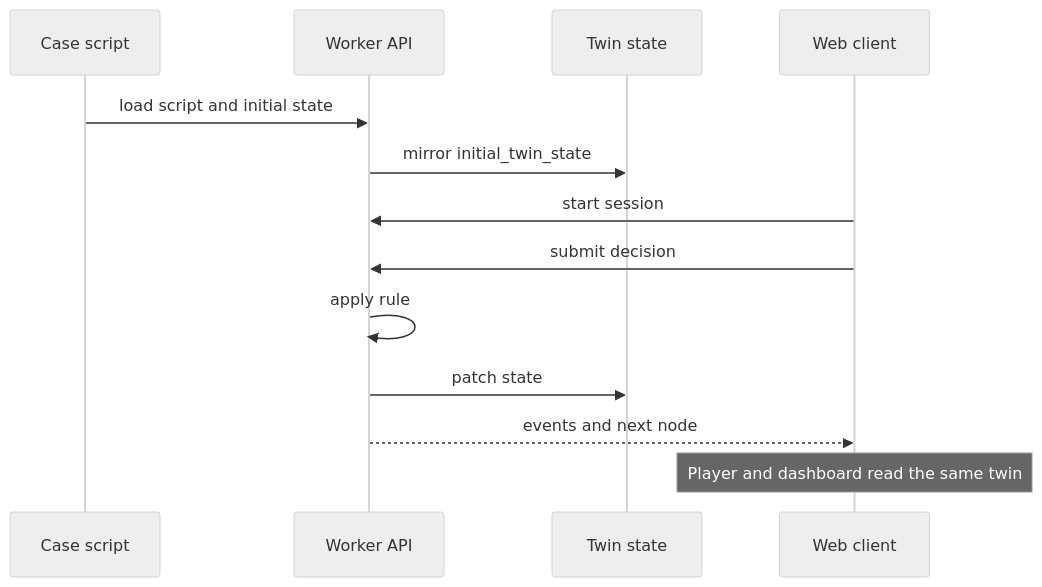
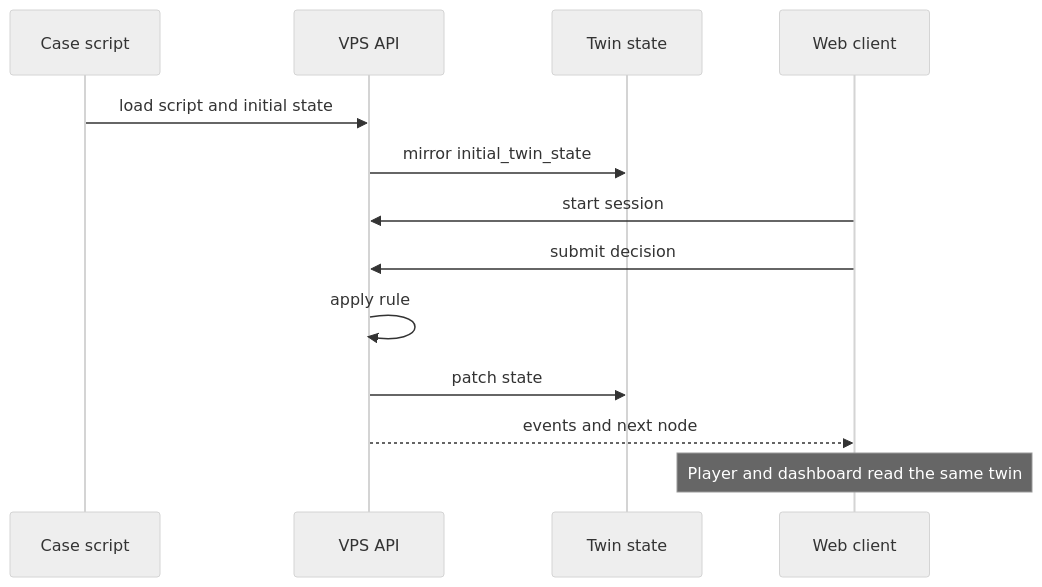
One commit to innalhy/aml-twin changed the second of 2 diagrams in docs/architecture.md. Above: the diagram before and after it, drawn with Mermaid (neutral theme). The commit also changed other lines of this file and 19 other files, not shown here.

````diff
--- a/docs/architecture.md
+++ b/docs/architecture.md
@@ -29,15 +29,15 @@
 ```mermaid
 sequenceDiagram
   participant Script as Case script
-  participant API as Worker API
+  participant API as VPS API
   participant Twin as Twin state
   participant Web as Web client
   Script->>API: load script and initial state
   API->>Twin: mirror initial_twin_state
   Web->>API: start session
   Web->>API: submit decision
   API->>API: apply rule
   API->>Twin: patch state
   API-->>Web: events and next node
   Note over Web: Player and dashboard read the same twin
 ```
````
